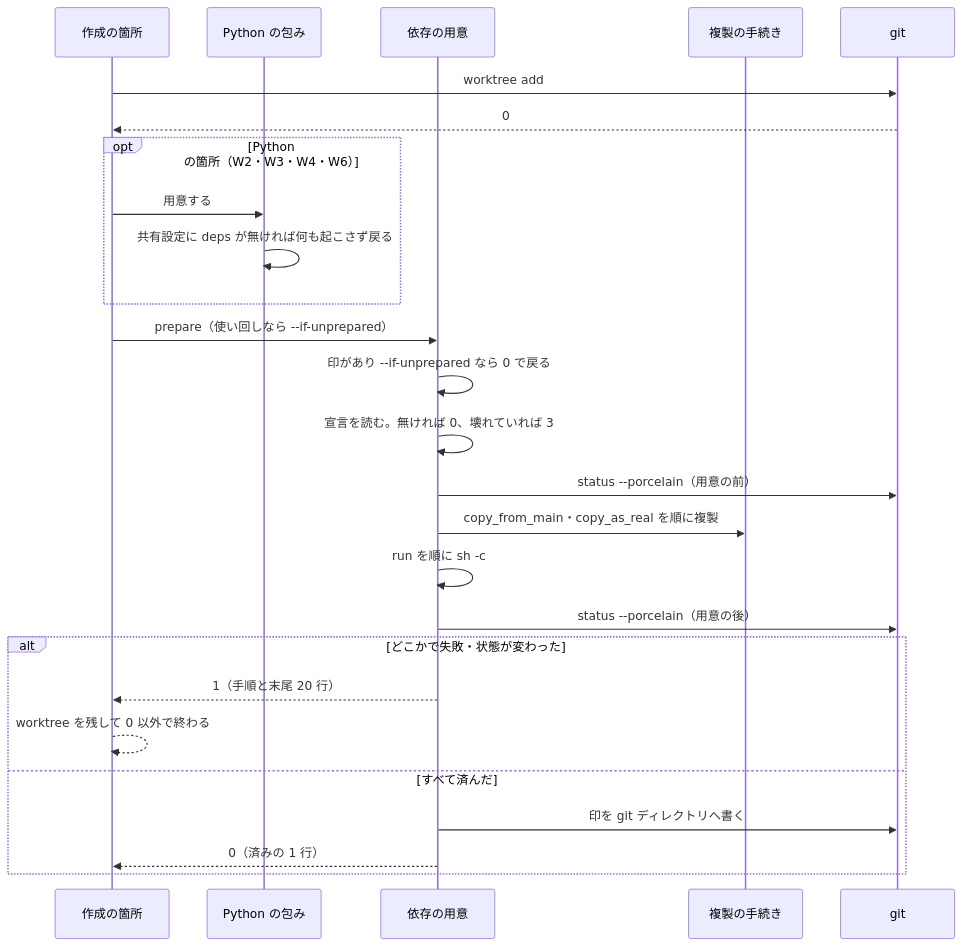
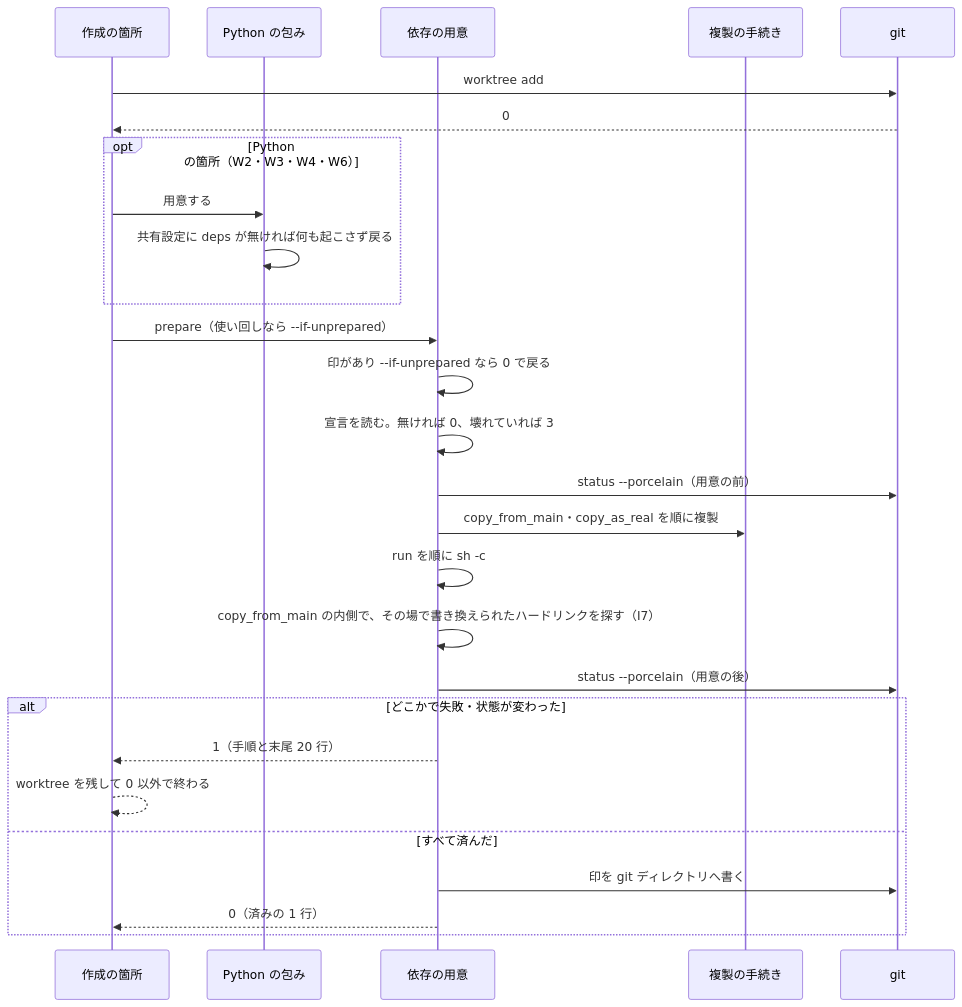
Before and after one commit to devbasex/ai-plugins: the second of 4 diagrams in issues/issue-1337-design.md, drawn with Mermaid. The commit also changed other lines of this file and 3 other files, not shown here.

````diff
--- a/issues/issue-1337-design.md
+++ b/issues/issue-1337-design.md
@@ -304,28 +314,29 @@
 ```mermaid
 sequenceDiagram
     participant C as 作成の箇所
     participant P as Python の包み
     participant D as 依存の用意
     participant CP as 複製の手続き
     participant G as git
     C->>G: worktree add
     G-->>C: 0
     opt Python の箇所（W2・W3・W4・W6）
         C->>P: 用意する
         P->>P: 共有設定に deps が無ければ何も起こさず戻る
     end
     C->>D: prepare（使い回しなら --if-unprepared）
     D->>D: 印があり --if-unprepared なら 0 で戻る
     D->>D: 宣言を読む。無ければ 0、壊れていれば 3
     D->>G: status --porcelain（用意の前）
     D->>CP: copy_from_main・copy_as_real を順に複製
     D->>D: run を順に sh -c
+    D->>D: copy_from_main の内側で、その場で書き換えられたハードリンクを探す（I7）
     D->>G: status --porcelain（用意の後）
     alt どこかで失敗・状態が変わった
         D-->>C: 1（手順と末尾 20 行）
         C-->>C: worktree を残して 0 以外で終わる
     else すべて済んだ
         D->>G: 印を git ディレクトリへ書く
         D-->>C: 0（済みの 1 行）
     end
 ```
````
